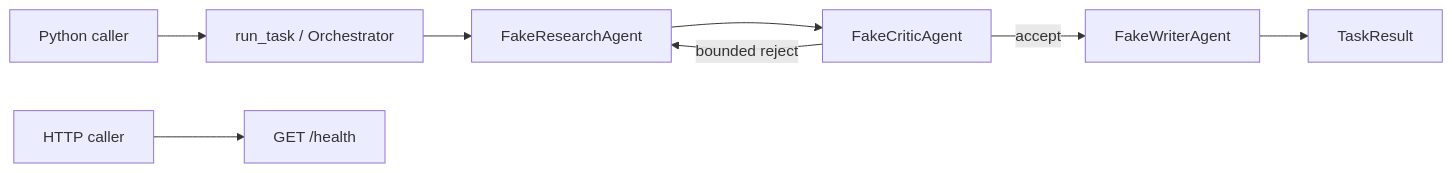
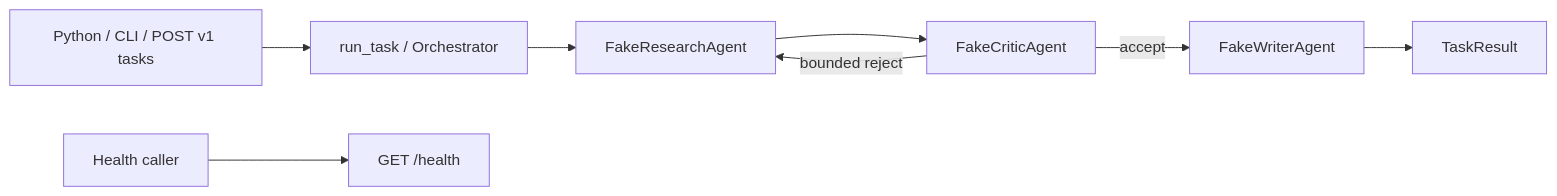
One commit to pabloalvarez99/multi-agent-orchestration changed the first of 2 diagrams in docs/architecture.md. Above: the diagram before and after it, drawn with Mermaid. The commit also changed other lines of this file and 4 other files, not shown here.

````diff
--- a/docs/architecture.md
+++ b/docs/architecture.md
@@ -14,10 +15,10 @@
 ```mermaid
 flowchart LR
-    C[Python caller] --> O[run_task / Orchestrator]
+    C[Python / CLI / POST v1 tasks] --> O[run_task / Orchestrator]
     O --> R[FakeResearchAgent]
     R --> K[FakeCriticAgent]
     K -->|bounded reject| R
     K -->|accept| W[FakeWriterAgent]
     W --> X[TaskResult]
-    H[HTTP caller] --> G[GET /health]
+    H[Health caller] --> G[GET /health]
 ```
````
